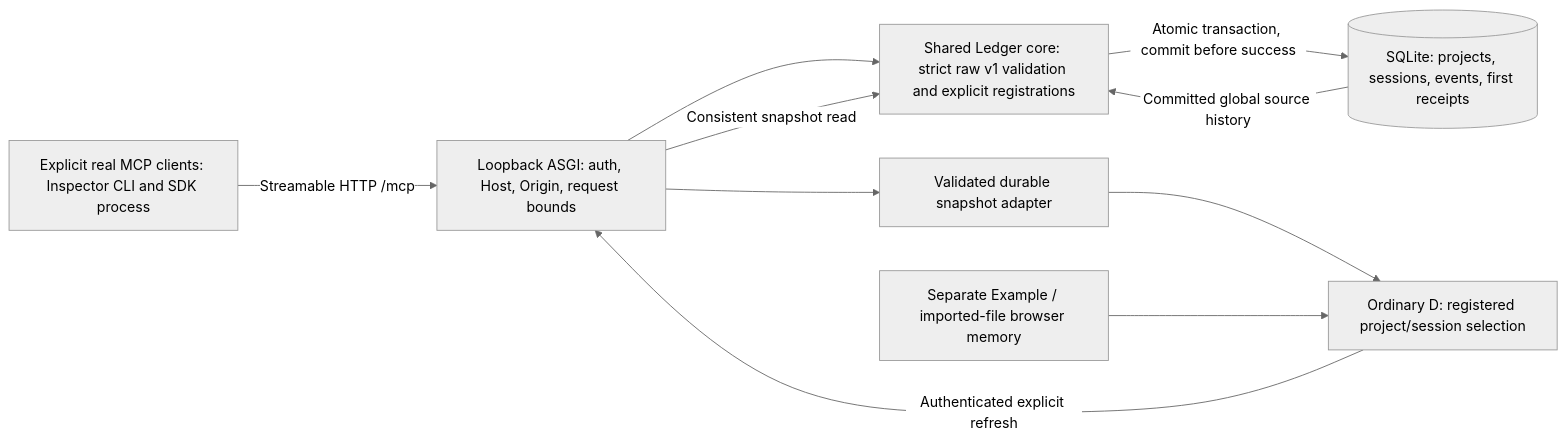
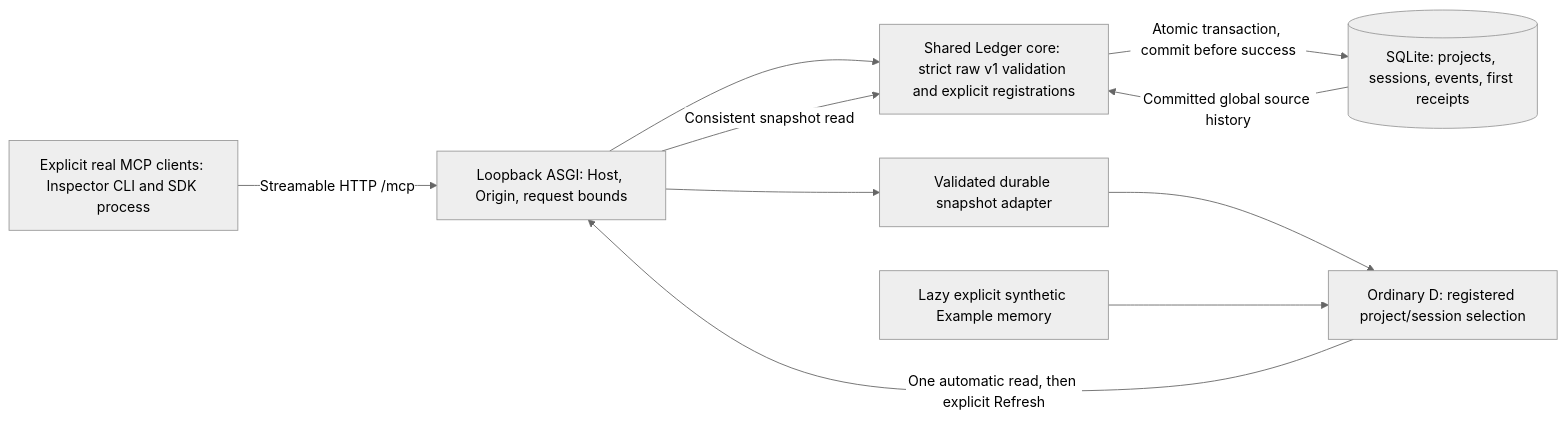
One commit to damianpetla/agent-work-ledger changed the diagram in docs/architecture.md. Above: the diagram before and after it, drawn with Mermaid (neutral theme). The commit also changed other lines of this file and 25 other files, not shown here.

````diff
--- a/docs/architecture.md
+++ b/docs/architecture.md
@@ -7,12 +7,12 @@
 ```mermaid
 flowchart LR
-  C[Explicit real MCP clients: Inspector CLI and SDK process] -->|Streamable HTTP /mcp| A[Loopback ASGI: auth, Host, Origin, request bounds]
+  C[Explicit real MCP clients: Inspector CLI and SDK process] -->|Streamable HTTP /mcp| A[Loopback ASGI: Host, Origin, request bounds]
   A --> L[Shared Ledger core: strict raw v1 validation and explicit registrations]
   L -->|Atomic transaction, commit before success| S[(SQLite: projects, sessions, events, first receipts)]
-  D[Ordinary D: registered project/session selection] -->|Authenticated explicit refresh| A
+  D[Ordinary D: registered project/session selection] -->|One automatic read, then explicit Refresh| A
   A -->|Consistent snapshot read| L
   S -->|Committed global source history| L
   A --> H[Validated durable snapshot adapter]
   H --> D
-  F[Separate Example / imported-file browser memory] --> D
+  F[Lazy explicit synthetic Example memory] --> D
 ```
````
